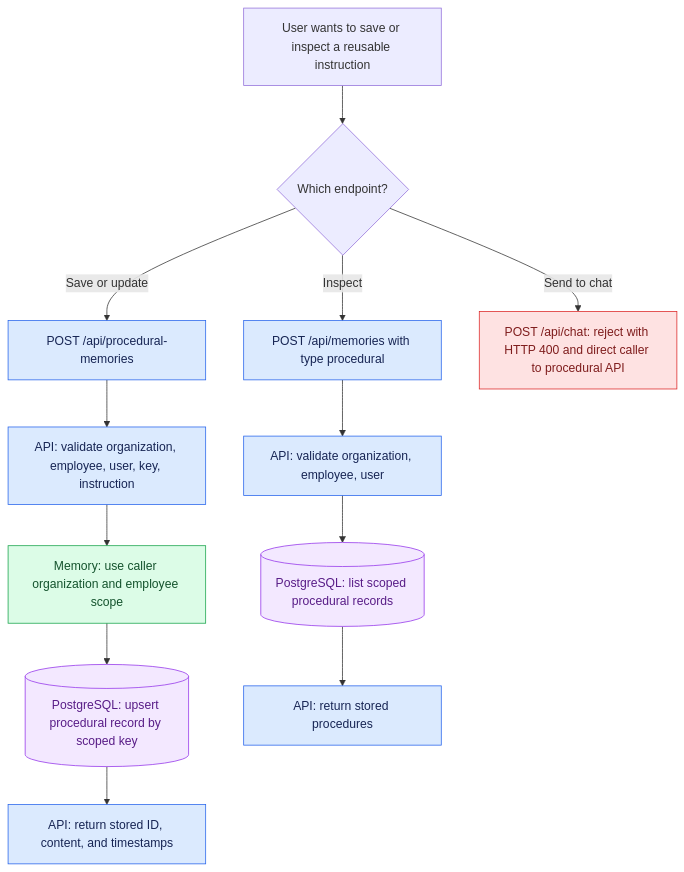
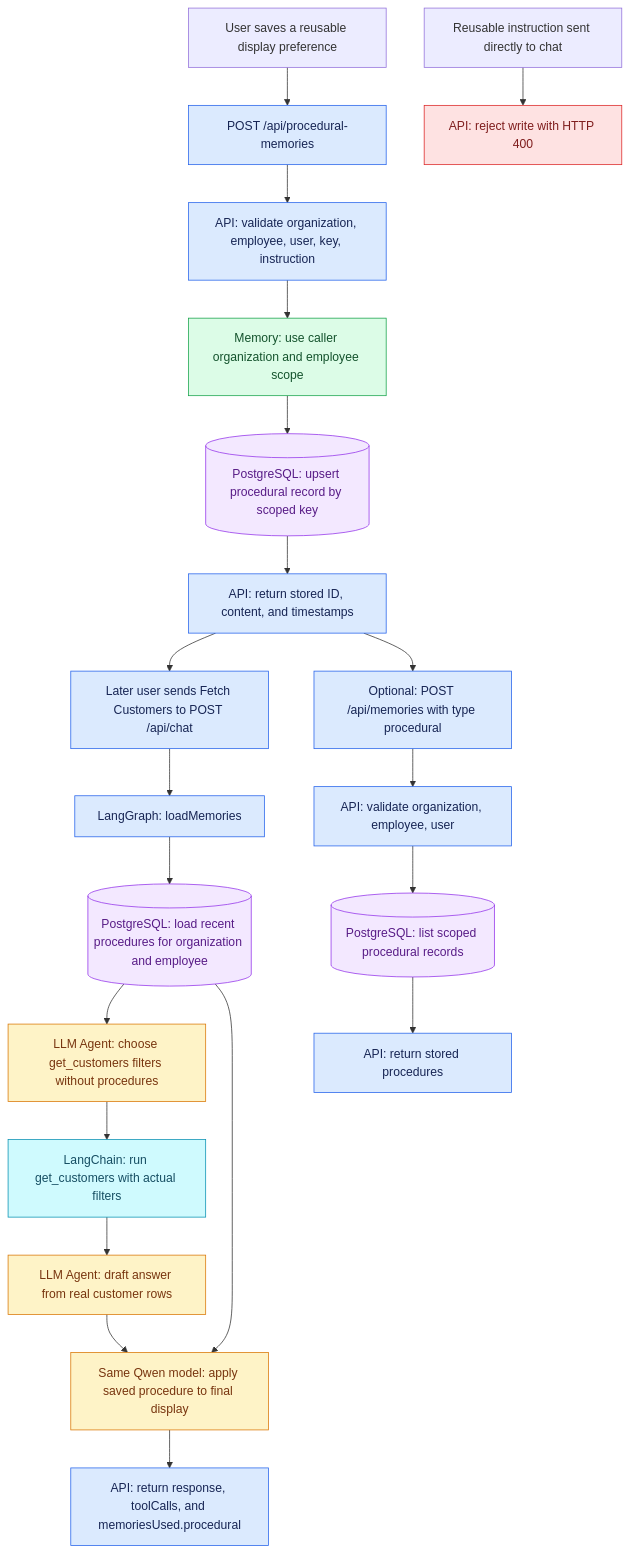
Before and after one commit to kamran186/langchain: the third of 3 diagrams in docs/memory-search-flowcharts.md, drawn with Mermaid. The commit also changed other lines of this file and 7 other files, not shown here.

Commit message:
fix: apply stored procedures to customer chat responses

````diff
--- a/docs/memory-search-flowcharts.md
+++ b/docs/memory-search-flowcharts.md
@@ -79,22 +79,36 @@
 ```mermaid
 flowchart TD
-    userPrompt["User wants to save or inspect a reusable instruction"] --> apiChoice{"Which endpoint?"}
-    apiChoice -->|"Save or update"| writeApi["POST /api/procedural-memories"]
+    userPrompt["User saves a reusable display preference"] --> writeApi["POST /api/procedural-memories"]
     writeApi --> writeValidate["API: validate organization, employee, user, key, instruction"]
     writeValidate --> writeScope["Memory: use caller organization and employee scope"]
     writeScope --> writeDb[("PostgreSQL: upsert procedural record by scoped key")]
     writeDb --> writeResponse["API: return stored ID, content, and timestamps"]
-    apiChoice -->|"Inspect"| readApi["POST /api/memories with type procedural"]
+    writeResponse --> nextPrompt["Later user sends Fetch Customers to POST /api/chat"]
+    nextPrompt --> loadNode["LangGraph: loadMemories"]
+    loadNode --> readDb[("PostgreSQL: load recent procedures for organization and employee")]
+    readDb --> toolDecision["LLM Agent: choose get_customers filters without procedures"]
+    toolDecision --> customerTool["LangChain: run get_customers with actual filters"]
+    customerTool --> draft["LLM Agent: draft answer from real customer rows"]
+    draft --> presentation["Same Qwen model: apply saved procedure to final display"]
+    readDb --> presentation
+    presentation --> chatResponse["API: return response, toolCalls, and memoriesUsed.procedural"]
+    writeResponse --> readApi["Optional: POST /api/memories with type procedural"]
     readApi --> readValidate["API: validate organization, employee, user"]
-    readValidate --> readDb[("PostgreSQL: list scoped procedural records")]
-    readDb --> readResponse["API: return stored procedures"]
-    apiChoice -->|"Send to chat"| chatReject["POST /api/chat: reject with HTTP 400 and direct caller to procedural API"]
+    readValidate --> inspectDb[("PostgreSQL: list scoped procedural records")]
+    inspectDb --> readResponse["API: return stored procedures"]
+    badWrite["Reusable instruction sent directly to chat"] --> chatReject["API: reject write with HTTP 400"]
     classDef apiNode fill:#dbeafe,stroke:#2563eb,color:#172554
+    classDef graphNode fill:#dbeafe,stroke:#2563eb,color:#172554
     classDef memoryNode fill:#dcfce7,stroke:#16a34a,color:#14532d
     classDef dataNode fill:#f3e8ff,stroke:#9333ea,color:#581c87
+    classDef agentNode fill:#fef3c7,stroke:#d97706,color:#78350f
+    classDef chainNode fill:#cffafe,stroke:#0891b2,color:#164e63
     classDef rejectNode fill:#fee2e2,stroke:#dc2626,color:#7f1d1d
-    class writeApi,writeValidate,writeResponse,readApi,readValidate,readResponse apiNode
+    class writeApi,writeValidate,writeResponse,nextPrompt,chatResponse,readApi,readValidate,readResponse apiNode
     class writeScope memoryNode
-    class writeDb,readDb dataNode
+    class loadNode graphNode
+    class writeDb,readDb,inspectDb dataNode
+    class toolDecision,draft,presentation agentNode
+    class customerTool chainNode
     class chatReject rejectNode
 ```
````
